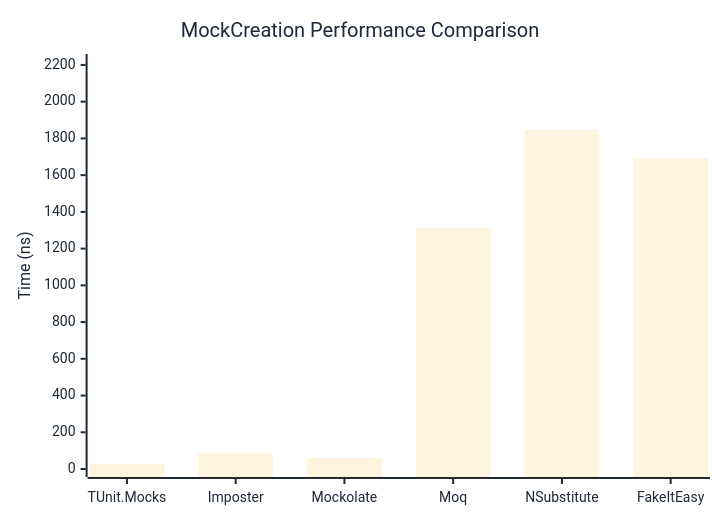
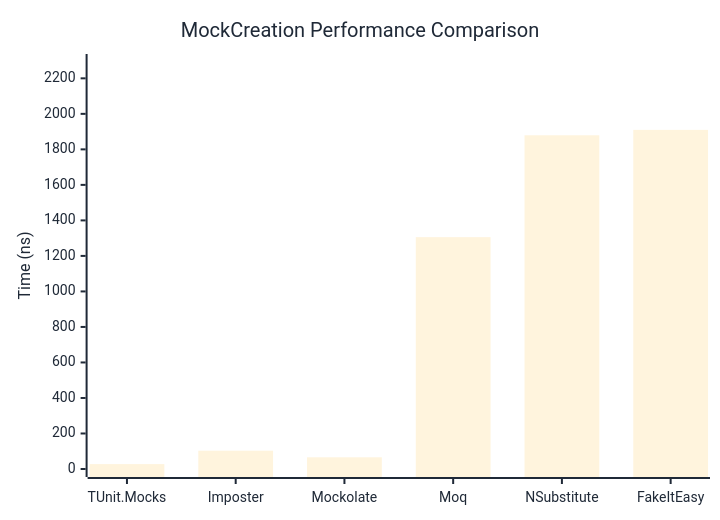
Before and after one commit to weiyilai/TUnit: the first of 2 diagrams in docs/docs/benchmarks/mocks/MockCreation.md, drawn with Mermaid. The commit also changed other lines of this file and 14 other files, not shown here.

````diff
--- a/docs/docs/benchmarks/mocks/MockCreation.md
+++ b/docs/docs/benchmarks/mocks/MockCreation.md
@@ -28,27 +28,27 @@
 ```mermaid
 %%{init: {
   'theme':'base',
   'themeVariables': {
     'primaryColor': '#2563eb',
     'primaryTextColor': '#1f2937',
     'primaryBorderColor': '#1e40af',
     'lineColor': '#6b7280',
     'secondaryColor': '#7c3aed',
     'tertiaryColor': '#dc2626',
     'background': '#ffffff',
     'pie1': '#2563eb',
     'pie2': '#7c3aed',
     'pie3': '#dc2626',
     'pie4': '#f59e0b',
     'pie5': '#10b981',
     'pie6': '#06b6d4',
     'pie7': '#ec4899',
     'pie8': '#6366f1'
   }
 }}%%
 xychart-beta
   title "MockCreation Performance Comparison"
   x-axis ["TUnit.Mocks", "Imposter", "Mockolate", "Moq", "NSubstitute", "FakeItEasy"]
-  y-axis "Time (ns)" 0 --> 2216
-  bar [27.84, 89.08, 59.71, 1313.8, 1846.47, 1692.18]
+  y-axis "Time (ns)" 0 --> 2292
+  bar [27.66, 103.11, 65.91, 1305.63, 1879.29, 1909.7]
 ```
````
